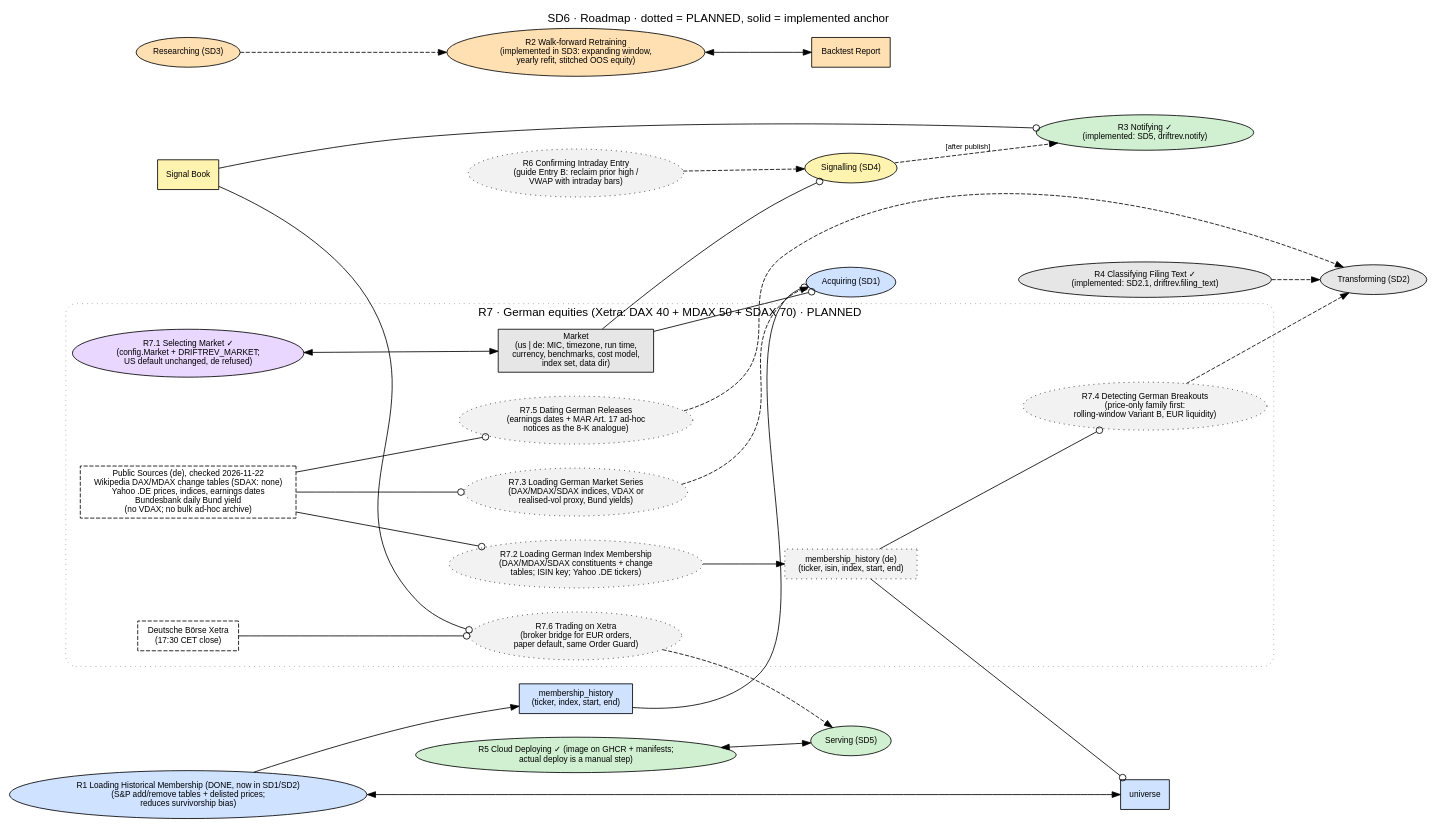
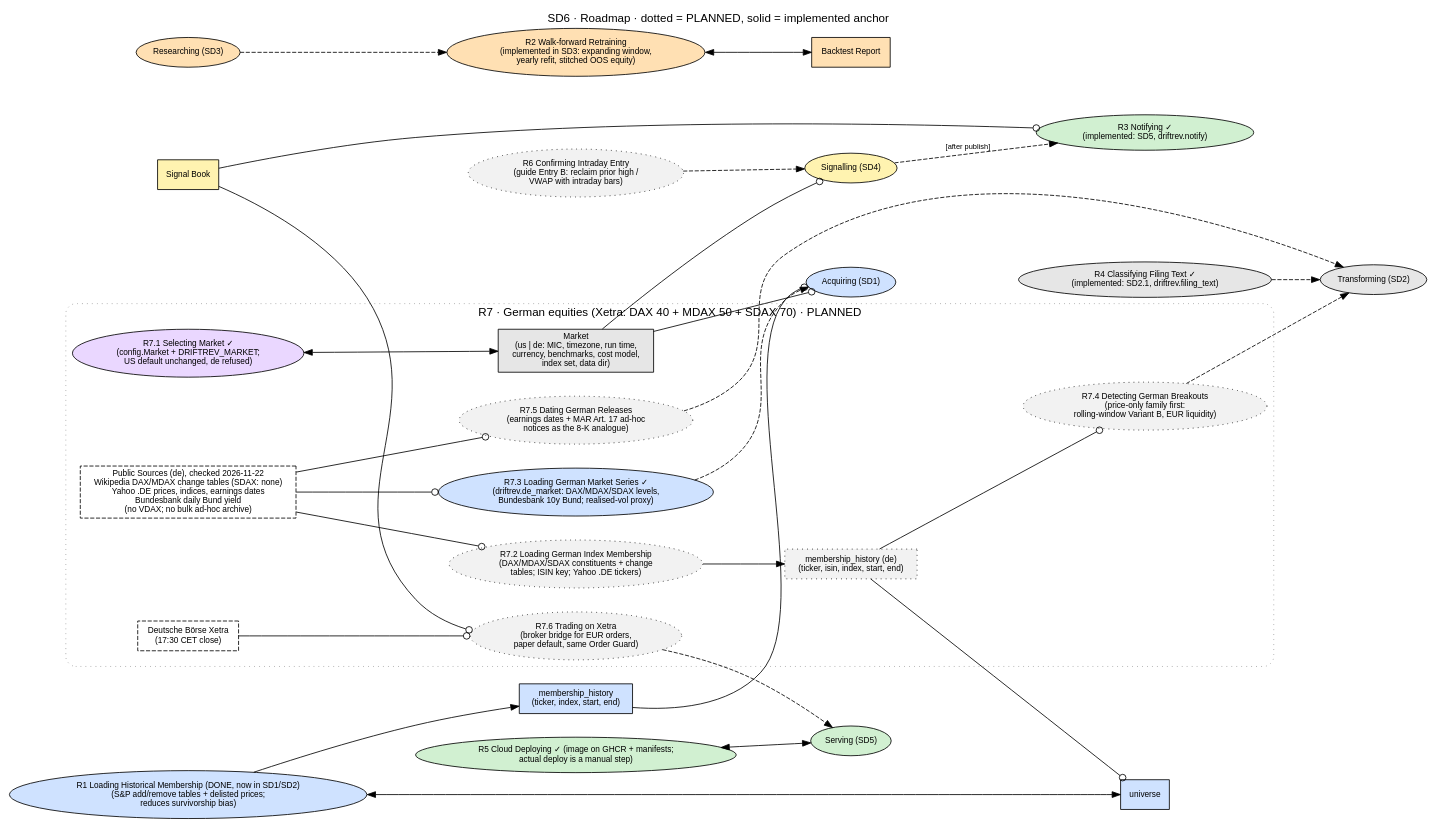
The diagram in project/docs/architecture/opm/SD6_roadmap.dot (witold-andelie/stock_analysis_wentao), drawn with Graphviz before and after one commit. The commit also changed 7 other files, not shown here.

First line of the commit message:
R7.3 Loading German Market Series: index levels, Bund yield, realised vol

```diff
--- a/project/docs/architecture/opm/SD6_roadmap.dot
+++ b/project/docs/architecture/opm/SD6_roadmap.dot
@@ -1,58 +1,58 @@
 // SD6 · Roadmap: PLANNED processes (dotted) and where they attach to the implemented model.
 // Rule: a planned thing becomes solid only when its code, test and OPL sentence land together.
 digraph SD6 {
   graph [rankdir=LR, fontname="Helvetica", fontsize=14, labelloc=t, nodesep=0.4, ranksep=0.8,
          label="SD6 · Roadmap · dotted = PLANNED, solid = implemented anchor"];
   node  [fontname="Helvetica", fontsize=10, style=filled, fillcolor="#e6e6e6"];
   edge  [fontname="Helvetica", fontsize=9];
 
   // implemented anchors
   acquiring    [shape=ellipse, fillcolor="#cfe2ff", label="Acquiring (SD1)"];
   transforming [shape=ellipse, label="Transforming (SD2)"];
   researching  [shape=ellipse, fillcolor="#ffe0b3", label="Researching (SD3)"];
   signalling   [shape=ellipse, fillcolor="#fff3b0", label="Signalling (SD4)"];
   serving      [shape=ellipse, fillcolor="#d1f0d1", label="Serving (SD5)"];
   universe     [shape=box, fillcolor="#cfe2ff", label="universe"];
   report       [shape=box, fillcolor="#ffe0b3", label="Backtest Report"];
   book         [shape=box, fillcolor="#fff3b0", label="Signal Book"];
 
   // planned things
   r1 [shape=ellipse, fillcolor="#cfe2ff", label="R1 Loading Historical Membership (DONE, now in SD1/SD2)\n(S&P add/remove tables + delisted prices;\nreduces survivorship bias)"];
   r1o [shape=box, fillcolor="#cfe2ff", label="membership_history\n(ticker, index, start, end)"];
   r2 [shape=ellipse, style="filled", fillcolor="#ffe0b3", label="R2 Walk-forward Retraining\n(implemented in SD3: expanding window,\nyearly refit, stitched OOS equity)"];
   r3 [shape=ellipse, fillcolor="#d1f0d1", label="R3 Notifying ✓\n(implemented: SD5, driftrev.notify)"];
   r4 [shape=ellipse, fillcolor="#e6e6e6", label="R4 Classifying Filing Text ✓\n(implemented: SD2.1, driftrev.filing_text)"];
   r5 [shape=ellipse, fillcolor="#d1f0d1", label="R5 Cloud Deploying ✓ (image on GHCR + manifests;\nactual deploy is a manual step)"];
   r6 [shape=ellipse, style="filled,dotted", fillcolor="#f2f2f2", label="R6 Confirming Intraday Entry\n(guide Entry B: reclaim prior high /\nVWAP with intraday bars)"];
 
   r1 -> r1o; r1o -> acquiring [arrowhead=odot]; r1 -> universe [dir=both];
   researching -> r2 [style=dashed]; r2 -> report [dir=both];
   signalling -> r3 [style=dashed, label="[after publish]"]; book -> r3 [arrowhead=odot];
   r4 -> transforming [style=dashed];
   r5 -> serving [dir=both];
   r6 -> signalling [style=dashed];
 
   // R7 · German equities on Deutsche Börse Xetra (DAX + MDAX + SDAX). Order of delivery: R7.1 → R7.6.
   subgraph cluster_r7 {
     label="R7 · German equities (Xetra: DAX 40 + MDAX 50 + SDAX 70) · PLANNED"; style="rounded,dotted"; color="#999999";
     node [style="filled,dotted", fillcolor="#f2f2f2"];
     market   [shape=box, style=filled, fillcolor="#e6e6e6", label="Market\n(us | de: MIC, timezone, run time,\ncurrency, benchmarks, cost model,\nindex set, data dir)"];
     r71 [shape=ellipse, style=filled, fillcolor="#ead7ff", label="R7.1 Selecting Market ✓\n(config.Market + DRIFTREV_MARKET;\nUS default unchanged, de refused)"];
     r72 [shape=ellipse, label="R7.2 Loading German Index Membership\n(DAX/MDAX/SDAX constituents + change\ntables; ISIN key; Yahoo .DE tickers)"];
     r72o [shape=box, label="membership_history (de)\n(ticker, isin, index, start, end)"];
-    r73 [shape=ellipse, label="R7.3 Loading German Market Series\n(DAX/MDAX/SDAX indices, VDAX or\nrealised-vol proxy, Bund yields)"];
+    r73 [shape=ellipse, style=filled, fillcolor="#cfe2ff", label="R7.3 Loading German Market Series ✓\n(driftrev.de_market: DAX/MDAX/SDAX levels,\nBundesbank 10y Bund; realised-vol proxy)"];
     r74 [shape=ellipse, label="R7.4 Detecting German Breakouts\n(price-only family first:\nrolling-window Variant B, EUR liquidity)"];
     r75 [shape=ellipse, label="R7.5 Dating German Releases\n(earnings dates + MAR Art. 17 ad-hoc\nnotices as the 8-K analogue)"];
     r76 [shape=ellipse, label="R7.6 Trading on Xetra\n(broker bridge for EUR orders,\npaper default, same Order Guard)"];
     xetra [shape=box, style="filled,dashed", fillcolor="#ffffff", label="Deutsche Börse Xetra\n(17:30 CET close)"];
     srcs  [shape=box, style="filled,dashed", fillcolor="#ffffff", label="Public Sources (de), checked 2026-11-22\nWikipedia DAX/MDAX change tables (SDAX: none)\nYahoo .DE prices, indices, earnings dates\nBundesbank daily Bund yield\n(no VDAX; no bulk ad-hoc archive)"];
   }
 
   r71 -> market [dir=both];
   market -> acquiring [arrowhead=odot]; market -> signalling [arrowhead=odot];
   srcs -> r72 [arrowhead=odot]; r72 -> r72o; r72o -> universe [arrowhead=odot];
   srcs -> r73 [arrowhead=odot]; r73 -> acquiring [style=dashed];
   r72o -> r74 [arrowhead=odot]; r74 -> transforming [style=dashed];
   srcs -> r75 [arrowhead=odot]; r75 -> transforming [style=dashed];
   book -> r76 [arrowhead=odot]; xetra -> r76 [arrowhead=odot]; r76 -> serving [style=dashed];
 }
```
